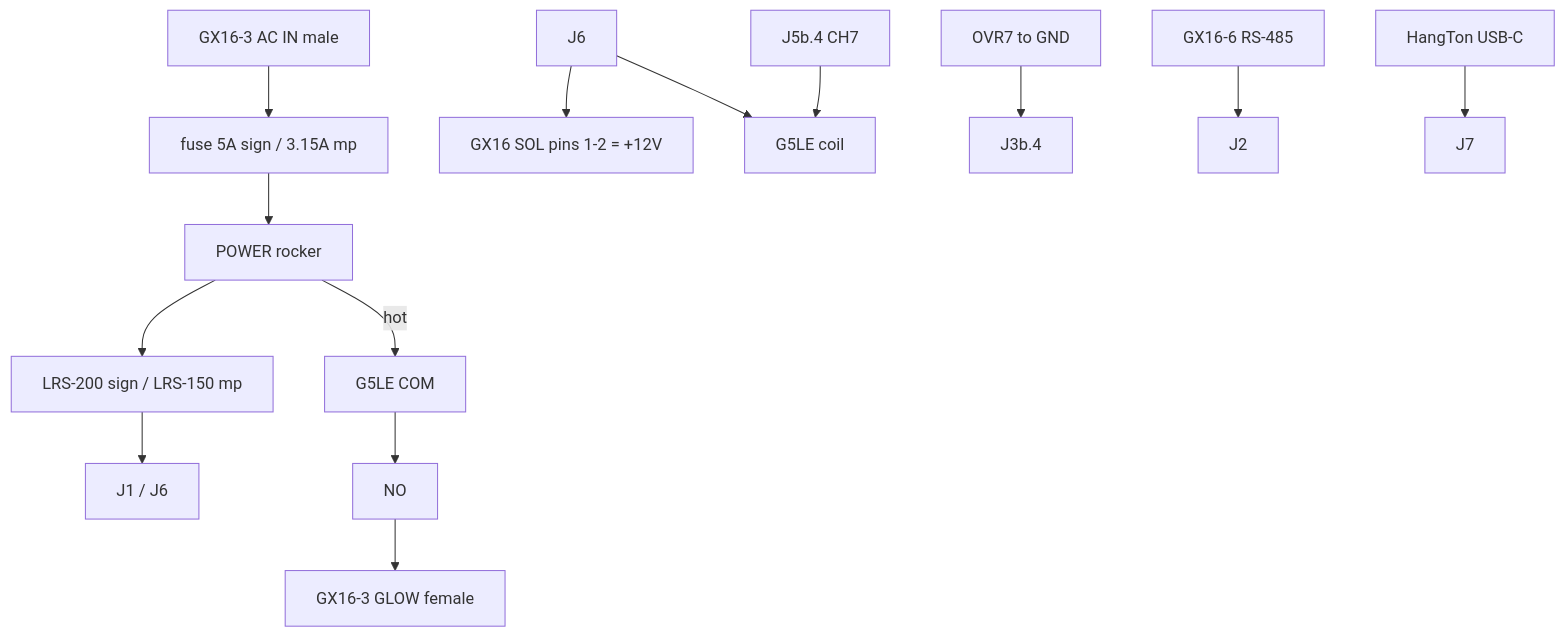
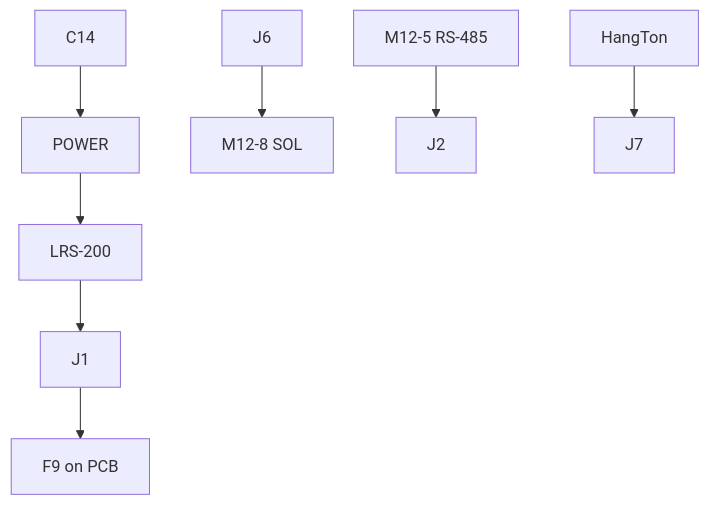
One commit to twoshark/fire-controllers changed the second of 3 diagrams in hardware/v1.0.0/enclosures/WIRING.md. Above: the diagram before and after it, drawn with Mermaid. The commit also changed other lines of this file and 8 other files, not shown here.

````diff
--- a/hardware/v1.0.0/enclosures/WIRING.md
+++ b/hardware/v1.0.0/enclosures/WIRING.md
@@ -48,14 +52,10 @@
 ```mermaid
 flowchart TB
-  IN[GX16-3 AC IN male] --> F[fuse 5A sign / 3.15A mp] --> PWR[POWER rocker]
-  PWR --> LRS[LRS-200 sign / LRS-150 mp]
-  LRS --> J1[J1 / J6]
-  PWR -->|hot| COM[G5LE COM]
-  COM --> NO[NO] --> GLOW[GX16-3 GLOW female]
-  J6[J6] --> SOL[GX16 SOL pins 1-2 = +12V]
-  J6 --> COIL[G5LE coil]
-  OUT7[J5b.4 CH7] --> COIL
-  OVR[OVR7 to GND] --> J3[J3b.4]
-  RS[GX16-6 RS-485] --> J2[J2]
-  USB[HangTon USB-C] --> J7[J7]
+  IN[C14] --> PWR[POWER]
+  PWR --> LRS[LRS-200]
+  LRS --> J1
+  J1 --> F9[F9 on PCB]
+  J6 --> SOL[M12-8 SOL]
+  RS[M12-5 RS-485] --> J2
+  USB[HangTon] --> J7
 ```
````
